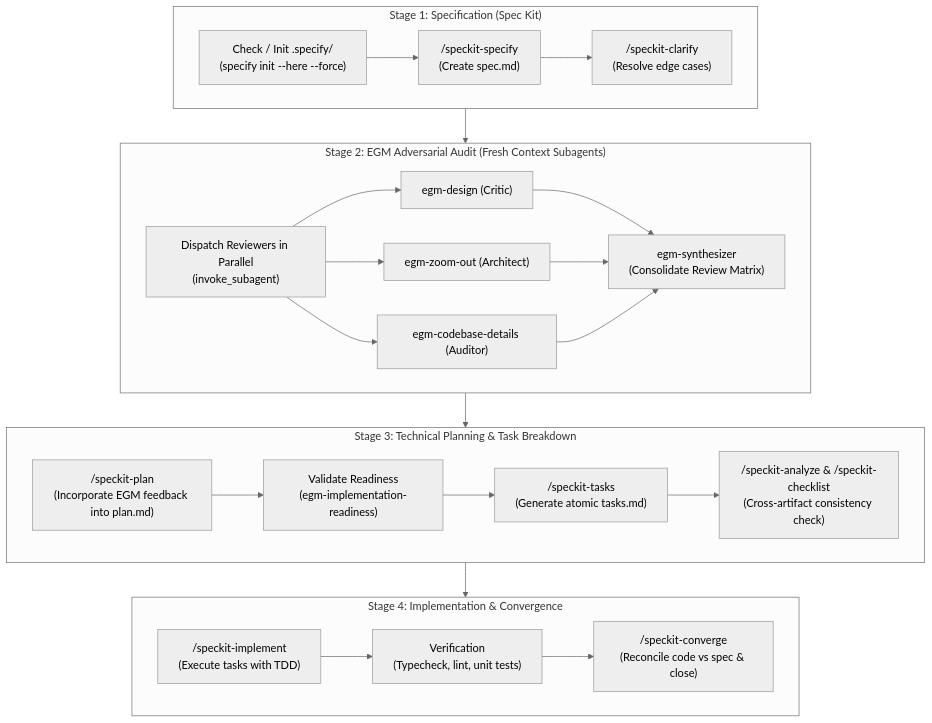
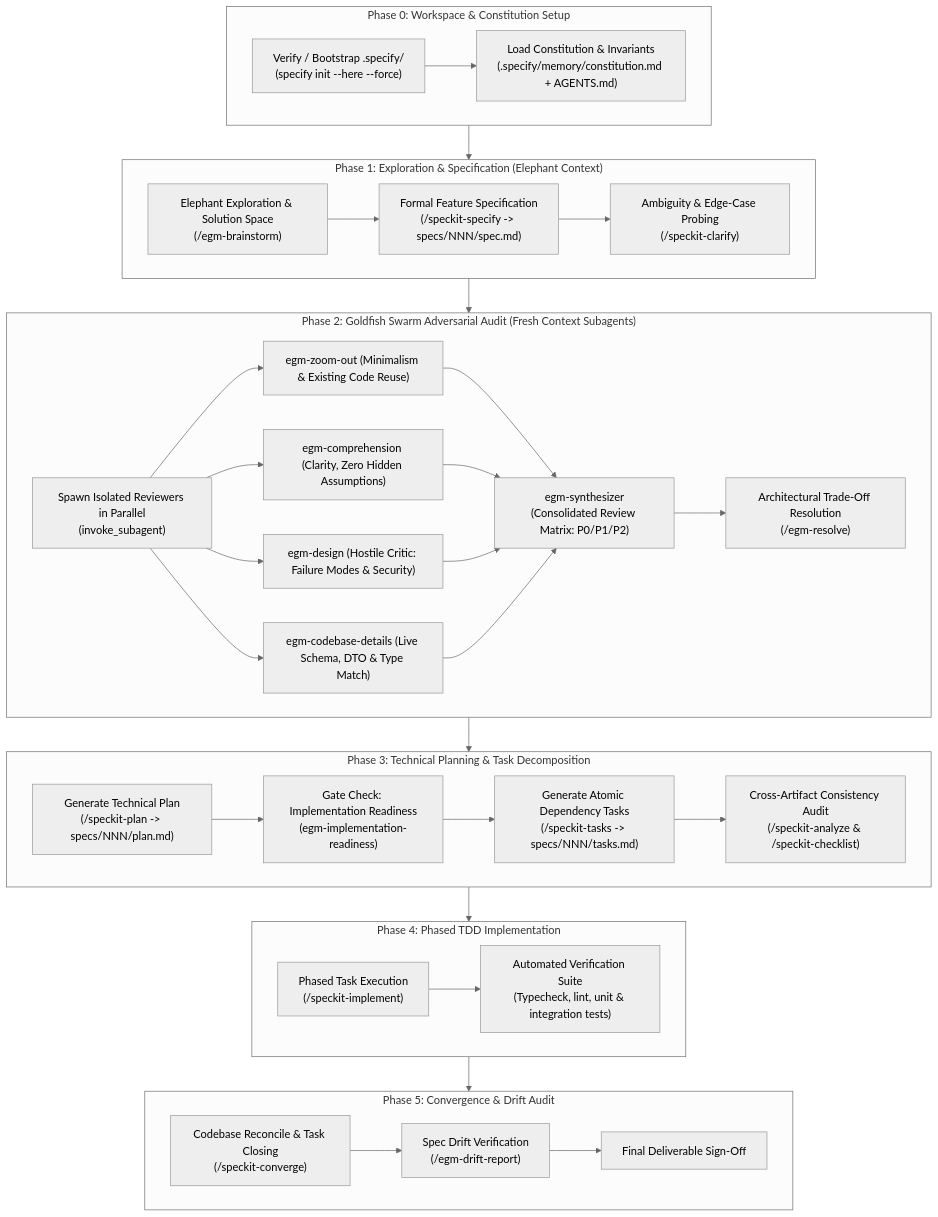
Before and after one commit to Royal2005-coder/oh-my-anti: the diagram in skills/speckit-egm/SKILL.md, drawn with Mermaid (neutral theme). The commit also changed other lines of this file and 1 other file, not shown here.

Commit message:
feat(orchestrator): upgrade egm-speckit to v2.0 full-cycle 5-phase master pipeline

````diff
--- a/skills/speckit-egm/SKILL.md
+++ b/skills/speckit-egm/SKILL.md
@@ -16,28 +22,38 @@
 ```mermaid
 flowchart TD
-    subgraph S1["Stage 1: Specification (Spec Kit)"]
-        A1["Check / Init .specify/<br/>(specify init --here --force)"] --> A2["/speckit-specify<br/>(Create spec.md)"]
-        A2 --> A3["/speckit-clarify<br/>(Resolve edge cases)"]
+    subgraph P0["Phase 0: Workspace & Constitution Setup"]
+        A0["Verify / Bootstrap .specify/<br/>(specify init --here --force)"] --> A1["Load Constitution & Invariants<br/>(.specify/memory/constitution.md + AGENTS.md)"]
     end
 
-    subgraph S2["Stage 2: EGM Adversarial Audit (Fresh Context Subagents)"]
-        B1["Dispatch Reviewers in Parallel<br/>(invoke_subagent)"]
-        B1 --> B2["egm-design (Critic)"]
-        B1 --> B3["egm-zoom-out (Architect)"]
-        B1 --> B4["egm-codebase-details (Auditor)"]
-        B2 & B3 & B4 --> B5["egm-synthesizer<br/>(Consolidate Review Matrix)"]
+    subgraph P1["Phase 1: Exploration & Specification (Elephant Context)"]
+        B1["Elephant Exploration & Solution Space<br/>(/egm-brainstorm)"] --> B2["Formal Feature Specification<br/>(/speckit-specify -> specs/NNN/spec.md)"]
+        B2 --> B3["Ambiguity & Edge-Case Probing<br/>(/speckit-clarify)"]
     end
 
-    subgraph S3["Stage 3: Technical Planning & Task Breakdown"]
-        C1["/speckit-plan<br/>(Incorporate EGM feedback into plan.md)"] --> C2["Validate Readiness<br/>(egm-implementation-readiness)"]
-        C2 --> C3["/speckit-tasks<br/>(Generate atomic tasks.md)"]
-        C3 --> C4["/speckit-analyze & /speckit-checklist<br/>(Cross-artifact consistency check)"]
+    subgraph P2["Phase 2: Goldfish Swarm Adversarial Audit (Fresh Context Subagents)"]
+        C0["Spawn Isolated Reviewers in Parallel<br/>(invoke_subagent)"]
+        C0 --> C1["egm-zoom-out (Minimalism & Existing Code Reuse)"]
+        C0 --> C2["egm-comprehension (Clarity, Zero Hidden Assumptions)"]
+        C0 --> C3["egm-design (Hostile Critic: Failure Modes & Security)"]
+        C0 --> C4["egm-codebase-details (Live Schema, DTO & Type Match)"]
+        C1 & C2 & C3 & C4 --> C5["egm-synthesizer<br/>(Consolidated Review Matrix: P0/P1/P2)"]
+        C5 --> C6["Architectural Trade-Off Resolution<br/>(/egm-resolve)"]
     end
 
-    subgraph S4["Stage 4: Implementation & Convergence"]
-        D1["/speckit-implement<br/>(Execute tasks with TDD)"] --> D2["Verification<br/>(Typecheck, lint, unit tests)"]
-        D2 --> D3["/speckit-converge<br/>(Reconcile code vs spec & close)"]
+    subgraph P3["Phase 3: Technical Planning & Task Decomposition"]
+        D1["Generate Technical Plan<br/>(/speckit-plan -> specs/NNN/plan.md)"] --> D2["Gate Check: Implementation Readiness<br/>(egm-implementation-readiness)"]
+        D2 --> D3["Generate Atomic Dependency Tasks<br/>(/speckit-tasks -> specs/NNN/tasks.md)"]
+        D3 --> D4["Cross-Artifact Consistency Audit<br/>(/speckit-analyze & /speckit-checklist)"]
     end
 
-    S1 --> S2 --> S3 --> S4
+    subgraph P4["Phase 4: Phased TDD Implementation"]
+        E1["Phased Task Execution<br/>(/speckit-implement)"] --> E2["Automated Verification Suite<br/>(Typecheck, lint, unit & integration tests)"]
+    end
+
+    subgraph P5["Phase 5: Convergence & Drift Audit"]
+        F1["Codebase Reconcile & Task Closing<br/>(/speckit-converge)"] --> F2["Spec Drift Verification<br/>(/egm-drift-report)"]
+        F2 --> F3["Final Deliverable Sign-Off"]
+    end
+
+    P0 --> P1 --> P2 --> P3 --> P4 --> P5
 ```
````
